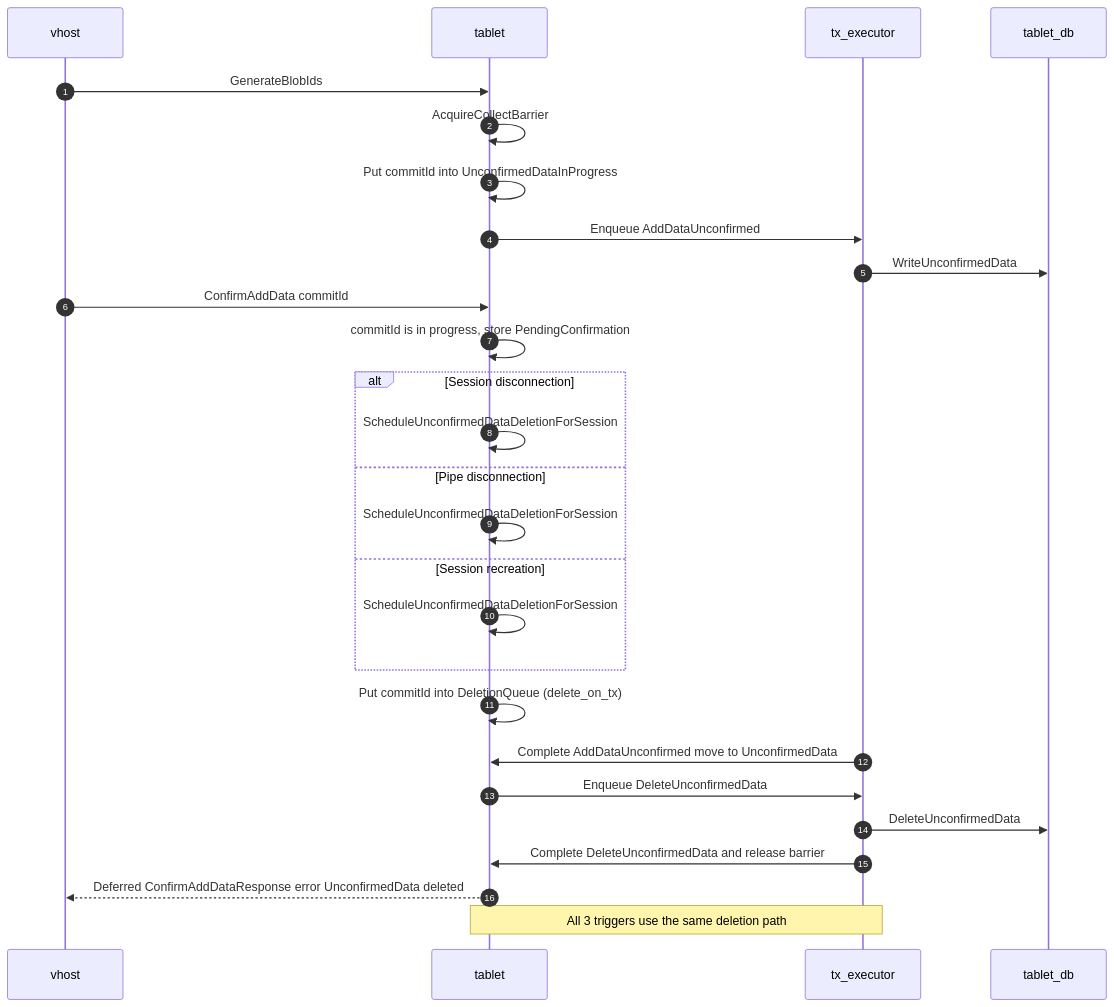
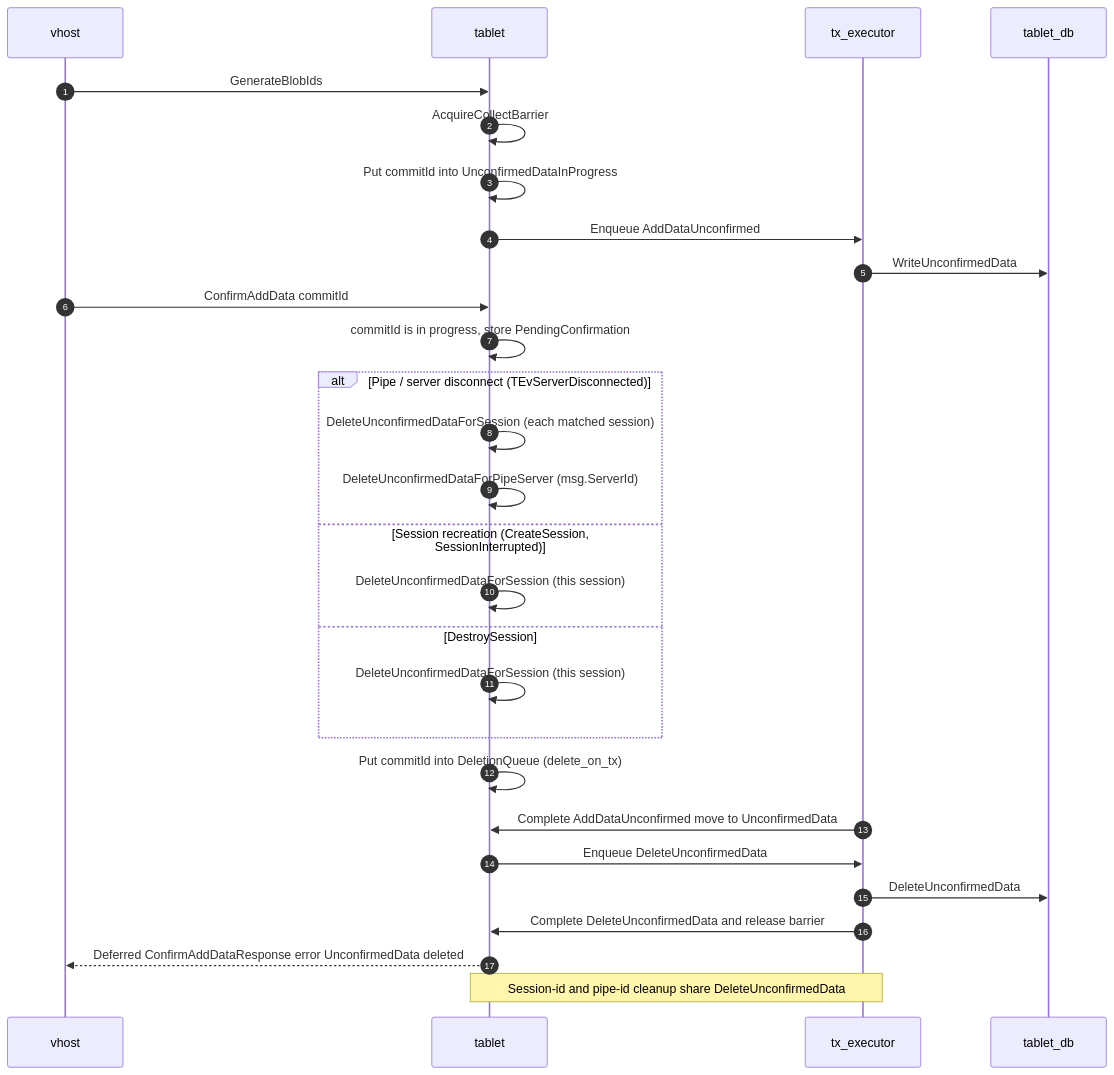
Before and after one commit to ydb-platform/nbs: the seventh of 10 diagrams in doc/filestore/design/unconfirmed_three_stage_write.md, drawn with Mermaid. The commit also changed other lines of this file and 1 other file, not shown here.

Commit message:
[Filestore] add info to unconfirmed data doc

````diff
--- a/doc/filestore/design/unconfirmed_three_stage_write.md
+++ b/doc/filestore/design/unconfirmed_three_stage_write.md
@@ -296,34 +420,35 @@
 ```mermaid
 sequenceDiagram
     autonumber
     participant V as vhost
     participant T as tablet
     participant X as tx_executor
     participant DB as tablet_db
 
     V->>T: GenerateBlobIds
     T->>T: AcquireCollectBarrier
     T->>T: Put commitId into UnconfirmedDataInProgress
     T->>X: Enqueue AddDataUnconfirmed
     X->>DB: WriteUnconfirmedData
 
     V->>T: ConfirmAddData commitId
     T->>T: commitId is in progress, store PendingConfirmation
 
-    alt Session disconnection
-        T->>T: ScheduleUnconfirmedDataDeletionForSession
-    else Pipe disconnection
-        T->>T: ScheduleUnconfirmedDataDeletionForSession
-    else Session recreation
-        T->>T: ScheduleUnconfirmedDataDeletionForSession
+    alt Pipe / server disconnect (TEvServerDisconnected)
+        T->>T: DeleteUnconfirmedDataForSession (each matched session)
+        T->>T: DeleteUnconfirmedDataForPipeServer (msg.ServerId)
+    else Session recreation (CreateSession, SessionInterrupted)
+        T->>T: DeleteUnconfirmedDataForSession (this session)
+    else DestroySession
+        T->>T: DeleteUnconfirmedDataForSession (this session)
     end
 
     T->>T: Put commitId into DeletionQueue (delete_on_tx)
     X->>T: Complete AddDataUnconfirmed move to UnconfirmedData
     T->>X: Enqueue DeleteUnconfirmedData
     X->>DB: DeleteUnconfirmedData
     X->>T: Complete DeleteUnconfirmedData and release barrier
     T-->>V: Deferred ConfirmAddDataResponse error UnconfirmedData deleted
 
-    Note over T,X: All 3 triggers use the same deletion path
+    Note over T,X: Session-id and pipe-id cleanup share DeleteUnconfirmedData
 ```
````
